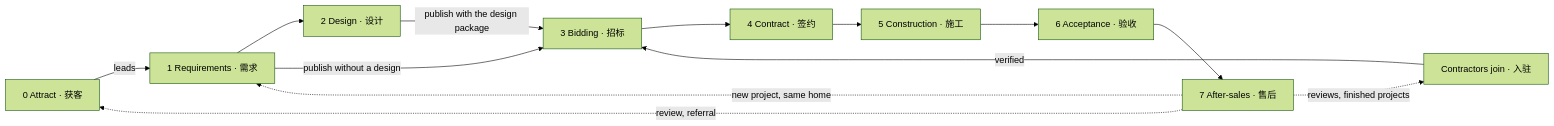
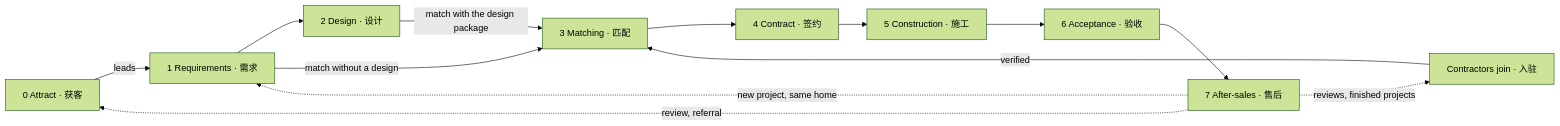
The first of 4 diagrams in WORKFLOW.md (kakssjs/3dfangwu), drawn with Mermaid (forest theme) before and after one commit. The commit also changed other lines of this file and 31 other files, not shown here.

````diff
--- a/WORKFLOW.md
+++ b/WORKFLOW.md
@@ -215,15 +234,15 @@
 ```mermaid
 flowchart LR
     A["0 Attract · 获客"] -->|leads| R["1 Requirements · 需求"]
     R --> D["2 Design · 设计"]
-    R -->|publish without a design| B["3 Bidding · 招标"]
-    D -->|publish with the design package| B
+    R -->|match without a design| B["3 Matching · 匹配"]
+    D -->|match with the design package| B
     K["Contractors join · 入驻"] -->|verified| B
     B --> C["4 Contract · 签约"]
     C --> W["5 Construction · 施工"]
     W --> X["6 Acceptance · 验收"]
     X --> S["7 After-sales · 售后"]
     S -.->|review, referral| A
     S -.->|reviews, finished projects| K
     S -.->|new project, same home| R
 ```
````
